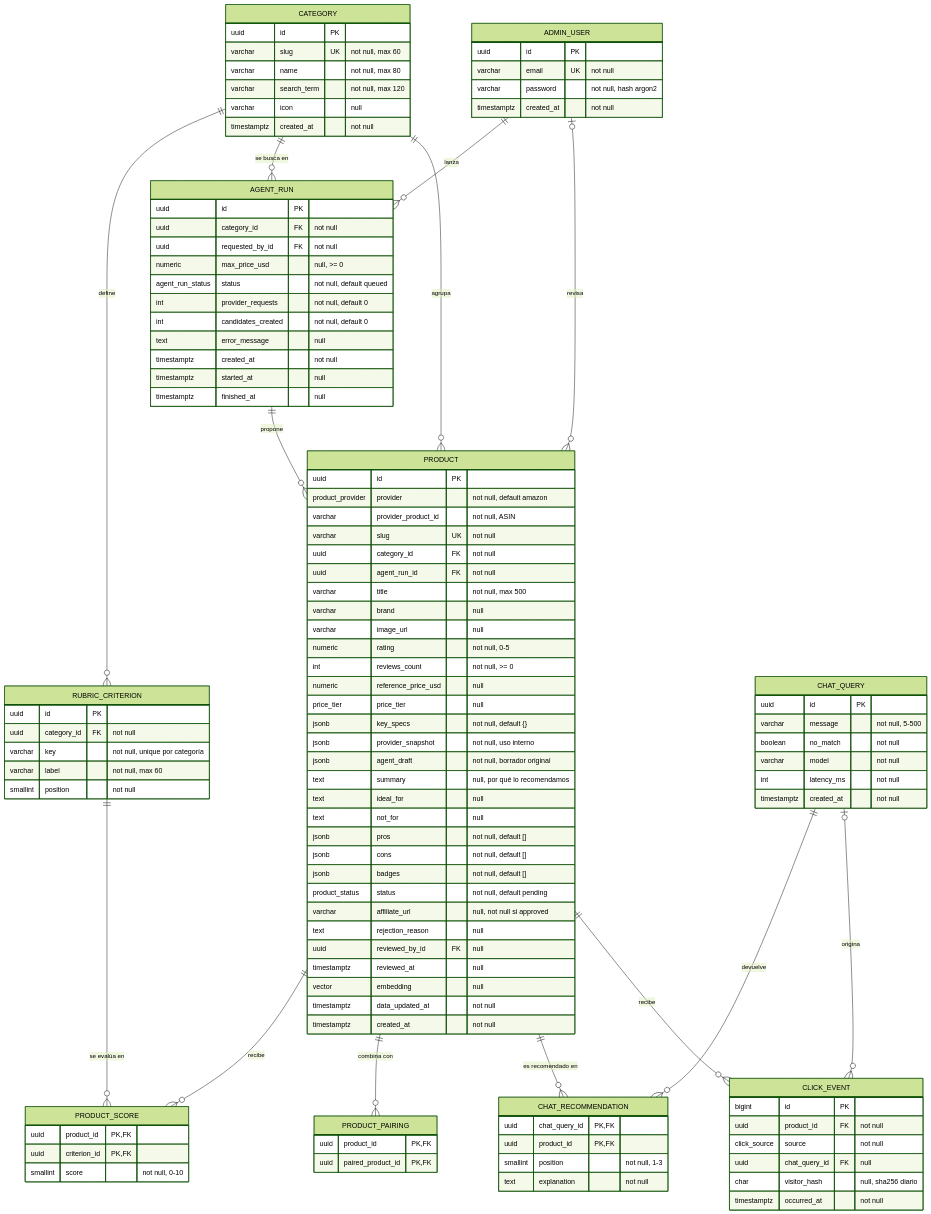
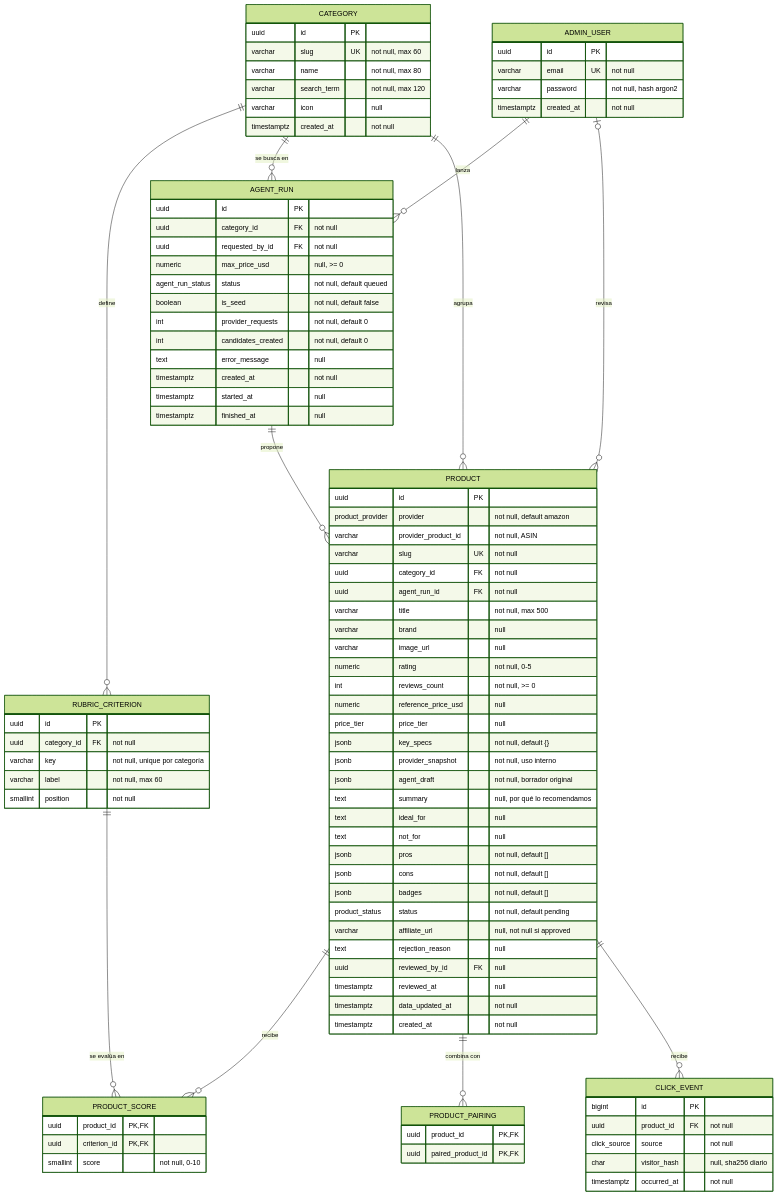
One commit to coffmkr/ai-shopping-advisor changed the third of 3 diagrams in README.md. Above: the diagram before and after it, drawn with Mermaid (forest theme). The commit also changed other lines of this file and 17 other files, not shown here.

````diff
--- a/README.md
+++ b/README.md
@@ -399,6 +427,7 @@
     uuid requested_by_id FK "not null"
     numeric max_price_usd "null, >= 0"
     agent_run_status status "not null, default queued"
+    boolean is_seed "not null, default false"
     int provider_requests "not null, default 0"
     int candidates_created "not null, default 0"
     text error_message "null"
@@ -434,7 +463,6 @@
     text rejection_reason "null"
     uuid reviewed_by_id FK "null"
     timestamptz reviewed_at "null"
-    vector embedding "null"
     timestamptz data_updated_at "not null"
     timestamptz created_at "not null"
   }
@@ -447,25 +475,10 @@
     uuid product_id PK, FK
     uuid paired_product_id PK, FK
   }
-  CHAT_QUERY {
-    uuid id PK
-    varchar message "not null, 5-500"
-    boolean no_match "not null"
-    varchar model "not null"
-    int latency_ms "not null"
-    timestamptz created_at "not null"
-  }
-  CHAT_RECOMMENDATION {
-    uuid chat_query_id PK, FK
-    uuid product_id PK, FK
-    smallint position "not null, 1-3"
-    text explanation "not null"
-  }
   CLICK_EVENT {
     bigint id PK
     uuid product_id FK "not null"
     click_source source "not null"
-    uuid chat_query_id FK "null"
     char visitor_hash "null, sha256 diario"
     timestamptz occurred_at "not null"
   }
@@ -479,8 +492,5 @@
   PRODUCT ||--o{ PRODUCT_SCORE : "recibe"
   RUBRIC_CRITERION ||--o{ PRODUCT_SCORE : "se evalúa en"
   PRODUCT ||--o{ PRODUCT_PAIRING : "combina con"
-  CHAT_QUERY ||--o{ CHAT_RECOMMENDATION : "devuelve"
-  PRODUCT ||--o{ CHAT_RECOMMENDATION : "es recomendado en"
   PRODUCT ||--o{ CLICK_EVENT : "recibe"
-  CHAT_QUERY |o--o{ CLICK_EVENT : "origina"
 ```
````
